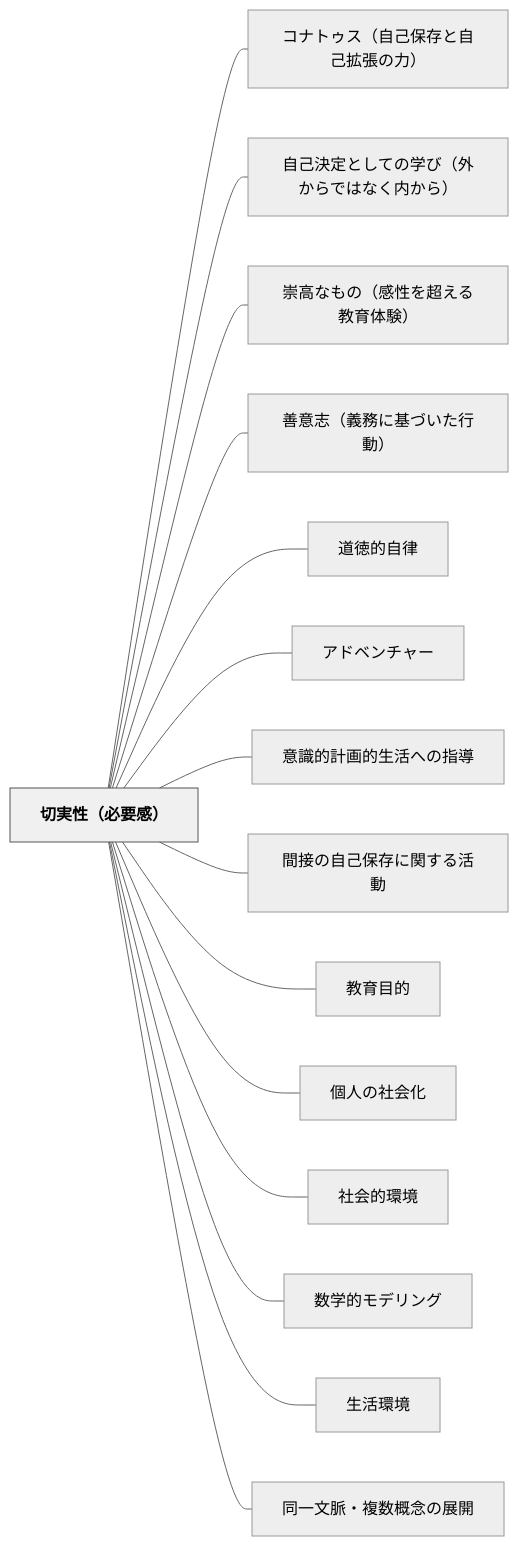
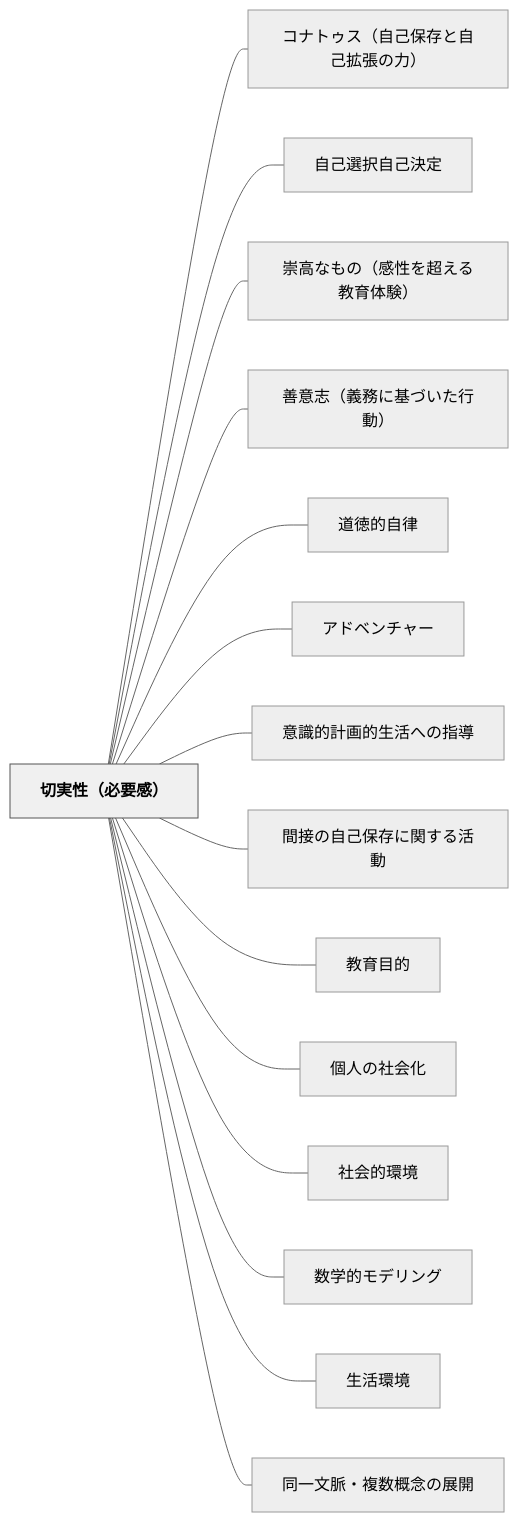
Before and after one commit to unknownthings-ed-patterns/unknownthings-ed-patterns: the diagram in content/パタン/切実性（必要感）.md, drawn with Mermaid (neutral theme). The commit also changed other lines of this file and 2 other files, not shown here.

Commit message:
auto: Obsidianから同期 2026-06-13 16:28

````diff
--- a/content/パタン/切実性（必要感）.md
+++ b/content/パタン/切実性（必要感）.md
@@ -85,36 +85,36 @@
 ```mermaid
 flowchart LR
     ne58887e5ae9fe680a7efbc88e5bf85e8a681e6849fefbc89["切実性（必要感）"]
     ne382b3e3838ae38388e382a5e382b9efbc88e887aae5b7b1e4bf9de5ad98e381a8e887aae5b7b1e68ba1e5bcb5e381aee58a9befbc89["コナトゥス（自己保存と自己拡張の力）"]
-    ne887aae5b7b1e6b1bae5ae9ae381a8e38197e381a6e381aee5ada6e381b3efbc88e5a496e3818be38289e381a7e381afe381aae3818fe58685e3818be38289efbc89["自己決定としての学び（外からではなく内から）"]
+    ne887aae5b7b1e981b8e68a9ee887aae5b7b1e6b1bae5ae9a["自己選択自己決定"]
     ne5b487e9ab98e381aae38282e381aeefbc88e6849fe680a7e38292e8b685e38188e3828be69599e882b2e4bd93e9a893efbc89["崇高なもの（感性を超える教育体験）"]
     ne59684e6848fe5bf97efbc88e7bea9e58b99e381abe59fbae381a5e38184e3819fe8a18ce58b95efbc89["善意志（義務に基づいた行動）"]
     ne98193e5beb3e79a84e887aae5be8b["道徳的自律"]
     ne382a2e38389e38399e383b3e38381e383a3e383bc["アドベンチャー"]
     ne6848fe8ad98e79a84e8a888e794bbe79a84e7949fe6b4bbe381b8e381aee68c87e5b08e["意識的計画的生活への指導"]
     ne99693e68ea5e381aee887aae5b7b1e4bf9de5ad98e381abe996a2e38199e3828be6b4bbe58b95["間接の自己保存に関する活動"]
     ne69599e882b2e79baee79a84["教育目的"]
     ne5808be4babae381aee7a4bee4bc9ae58c96["個人の社会化"]
     ne7a4bee4bc9ae79a84e792b0e5a283["社会的環境"]
     ne695b0e5ada6e79a84e383a2e38387e383aae383b3e382b0["数学的モデリング"]
     ne7949fe6b4bbe792b0e5a283["生活環境"]
     ne5908ce4b880e69687e88488e383bbe8a487e695b0e6a682e5bfb5e381aee5b195e9968b["同一文脈・複数概念の展開"]
 
     ne58887e5ae9fe680a7efbc88e5bf85e8a681e6849fefbc89 --- ne382b3e3838ae38388e382a5e382b9efbc88e887aae5b7b1e4bf9de5ad98e381a8e887aae5b7b1e68ba1e5bcb5e381aee58a9befbc89
-    ne58887e5ae9fe680a7efbc88e5bf85e8a681e6849fefbc89 --- ne887aae5b7b1e6b1bae5ae9ae381a8e38197e381a6e381aee5ada6e381b3efbc88e5a496e3818be38289e381a7e381afe381aae3818fe58685e3818be38289efbc89
+    ne58887e5ae9fe680a7efbc88e5bf85e8a681e6849fefbc89 --- ne887aae5b7b1e981b8e68a9ee887aae5b7b1e6b1bae5ae9a
     ne58887e5ae9fe680a7efbc88e5bf85e8a681e6849fefbc89 --- ne5b487e9ab98e381aae38282e381aeefbc88e6849fe680a7e38292e8b685e38188e3828be69599e882b2e4bd93e9a893efbc89
     ne58887e5ae9fe680a7efbc88e5bf85e8a681e6849fefbc89 --- ne59684e6848fe5bf97efbc88e7bea9e58b99e381abe59fbae381a5e38184e3819fe8a18ce58b95efbc89
     ne58887e5ae9fe680a7efbc88e5bf85e8a681e6849fefbc89 --- ne98193e5beb3e79a84e887aae5be8b
     ne58887e5ae9fe680a7efbc88e5bf85e8a681e6849fefbc89 --- ne382a2e38389e38399e383b3e38381e383a3e383bc
     ne58887e5ae9fe680a7efbc88e5bf85e8a681e6849fefbc89 --- ne6848fe8ad98e79a84e8a888e794bbe79a84e7949fe6b4bbe381b8e381aee68c87e5b08e
     ne58887e5ae9fe680a7efbc88e5bf85e8a681e6849fefbc89 --- ne99693e68ea5e381aee887aae5b7b1e4bf9de5ad98e381abe996a2e38199e3828be6b4bbe58b95
     ne58887e5ae9fe680a7efbc88e5bf85e8a681e6849fefbc89 --- ne69599e882b2e79baee79a84
     ne58887e5ae9fe680a7efbc88e5bf85e8a681e6849fefbc89 --- ne5808be4babae381aee7a4bee4bc9ae58c96
     ne58887e5ae9fe680a7efbc88e5bf85e8a681e6849fefbc89 --- ne7a4bee4bc9ae79a84e792b0e5a283
     ne58887e5ae9fe680a7efbc88e5bf85e8a681e6849fefbc89 --- ne695b0e5ada6e79a84e383a2e38387e383aae383b3e382b0
     ne58887e5ae9fe680a7efbc88e5bf85e8a681e6849fefbc89 --- ne7949fe6b4bbe792b0e5a283
     ne58887e5ae9fe680a7efbc88e5bf85e8a681e6849fefbc89 --- ne5908ce4b880e69687e88488e383bbe8a487e695b0e6a682e5bfb5e381aee5b195e9968b
 
     classDef hub fill:#f0f0f0,stroke:#555,color:#000,font-weight:bold
     class ne58887e5ae9fe680a7efbc88e5bf85e8a681e6849fefbc89 hub
 ```
````
